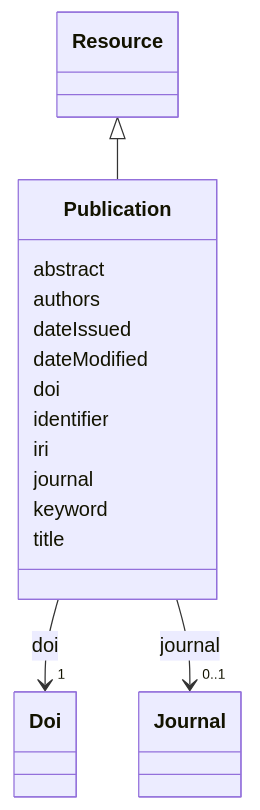
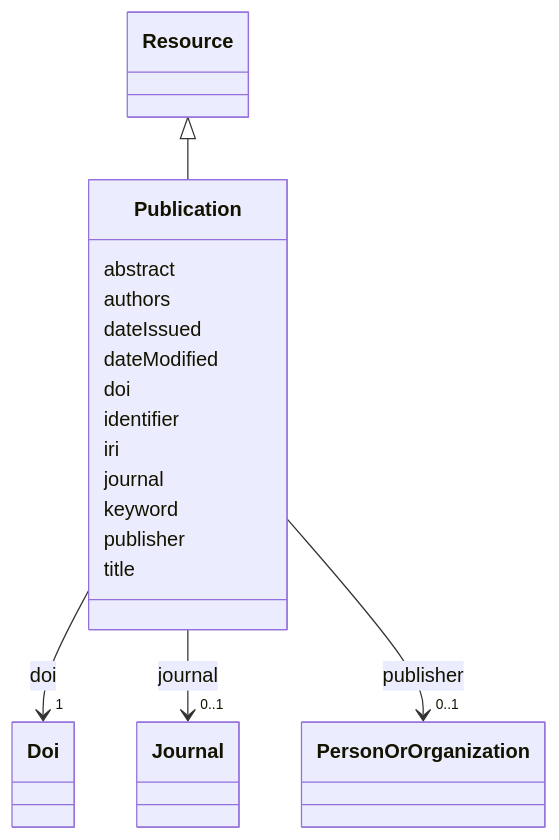
The diagram in models/docs/Publication.md (EVORA-project/evora-ontology), drawn with Mermaid before and after one commit. The commit also changed other lines of this file and 468 other files, not shown here.

````diff
--- a/models/docs/Publication.md
+++ b/models/docs/Publication.md
@@ -19,43 +19,52 @@
 ```mermaid
  classDiagram
     class Publication
     click Publication href "../Publication"
       Resource <|-- Publication
         click Resource href "../Resource"
       
       Publication : abstract
         
       Publication : authors
         
       Publication : dateIssued
         
       Publication : dateModified
         
       Publication : doi
         
           
     
     
     Publication --> "1" Doi : doi
     click Doi href "../Doi"
 
         
       Publication : identifier
         
       Publication : iri
         
       Publication : journal
         
           
     
     
     Publication --> "0..1" Journal : journal
     click Journal href "../Journal"
 
         
       Publication : keyword
         
+      Publication : publisher
+        
+          
+    
+    
+    Publication --> "0..1" PersonOrOrganization : publisher
+    click PersonOrOrganization href "../PersonOrOrganization"
+
+        
       Publication : title
         
       
 ```
````
